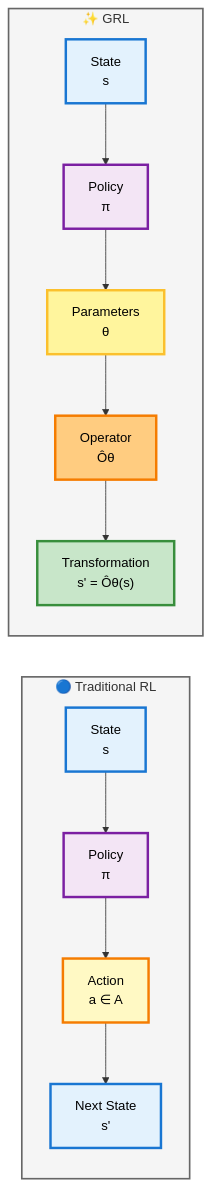
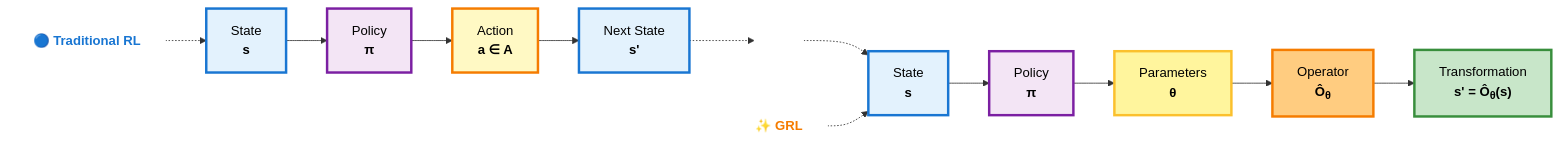
Before and after one commit to pleiadian53/GRL: the first of 2 diagrams in README.md, drawn with Mermaid. The commit also changed other lines of this file, not shown here.

Commit message:
fix: Force horizontal layout for Mermaid diagrams
- Replace 'graph LR' with 'flowchart LR' for true horizontal rendering
- Remove subgraphs that were forcing vertical layout
- Add spacer between Traditional RL and GRL sections
- Make text bold for better readability
- Add 'Loop' label to learning cycle feedback

````diff
--- a/README.md
+++ b/README.md
@@ -15,29 +15,31 @@
 ```mermaid
-graph LR
-    subgraph Traditional["🔵 Traditional RL"]
-        S1["State<br/>s"] --> P1["Policy<br/>π"]
-        P1 --> A1["Action<br/>a ∈ A"]
-        A1 --> S2["Next State<br/>s'"]
-    end
+flowchart LR
+    T1["🔵 <b>Traditional RL</b>"] -.-> S1
+    S1["State<br/><b>s</b>"] --> P1["Policy<br/><b>π</b>"]
+    P1 --> A1["Action<br/><b>a ∈ A</b>"]
+    A1 --> S2["Next State<br/><b>s'</b>"]
     
-    subgraph GRL["✨ GRL"]
-        S3["State<br/>s"] --> P2["Policy<br/>π"]
-        P2 --> O1["Parameters<br/>θ"]
-        O1 --> O2["Operator<br/>Ôθ"]
-        O2 --> S4["Transformation<br/>s' = Ôθ(s)"]
-    end
+    S2 -.-> G1
+    G1["<br/>"] -.-> S3
+    
+    T2["✨ <b>GRL</b>"] -.-> S3
+    S3["State<br/><b>s</b>"] --> P2["Policy<br/><b>π</b>"]
+    P2 --> O1["Parameters<br/><b>θ</b>"]
+    O1 --> O2["Operator<br/><b>Ô<sub>θ</sub></b>"]
+    O2 --> S4["Transformation<br/><b>s' = Ô<sub>θ</sub>(s)</b>"]
+    
+    style T1 fill:#ffffff,stroke:#ffffff,color:#1976d2
+    style T2 fill:#ffffff,stroke:#ffffff,color:#f57c00
+    style G1 fill:#ffffff,stroke:#ffffff,color:#ffffff
     
     style S1 fill:#e3f2fd,stroke:#1976d2,stroke-width:3px,color:#000
     style S2 fill:#e3f2fd,stroke:#1976d2,stroke-width:3px,color:#000
     style A1 fill:#fff9c4,stroke:#f57c00,stroke-width:3px,color:#000
     style P1 fill:#f3e5f5,stroke:#7b1fa2,stroke-width:3px,color:#000
     
     style S3 fill:#e3f2fd,stroke:#1976d2,stroke-width:3px,color:#000
     style S4 fill:#c8e6c9,stroke:#388e3c,stroke-width:3px,color:#000
     style O1 fill:#fff59d,stroke:#fbc02d,stroke-width:3px,color:#000
     style O2 fill:#ffcc80,stroke:#f57c00,stroke-width:3px,color:#000
     style P2 fill:#f3e5f5,stroke:#7b1fa2,stroke-width:3px,color:#000
-    
-    style Traditional fill:#f5f5f5,stroke:#666,stroke-width:2px
-    style GRL fill:#f5f5f5,stroke:#666,stroke-width:2px
 ```
````
